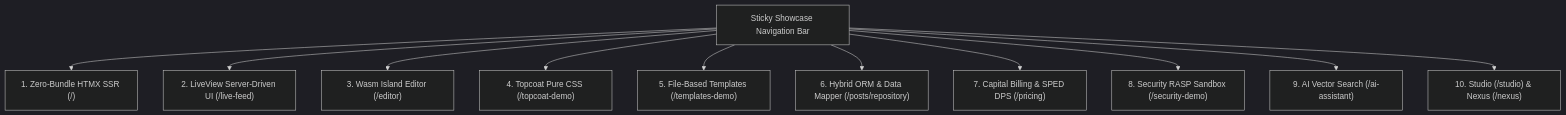
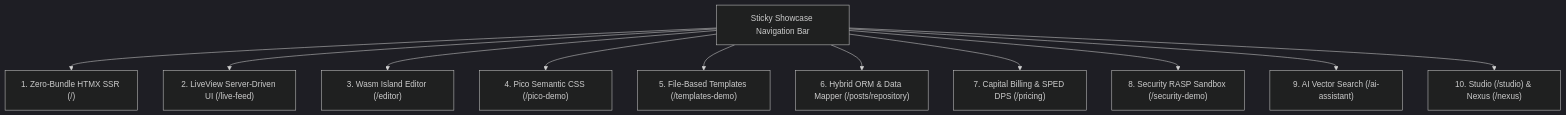
Before and after one commit to Rullst/Rullst: the diagram in examples/blog/README.md, drawn with Mermaid (dark theme). The commit also changed other lines of this file and 16 other files, not shown here.

Commit message:
feat: replace Topcoat CSS demonstration with Pico CSS integration in examples

````diff
--- a/examples/blog/README.md
+++ b/examples/blog/README.md
@@ -11,14 +11,14 @@
 ```mermaid
 graph TD
     Nav["Sticky Showcase Navigation Bar"]
     Nav --> F1["1. Zero-Bundle HTMX SSR (/)"]
     Nav --> F2["2. LiveView Server-Driven UI (/live-feed)"]
     Nav --> F3["3. Wasm Island Editor (/editor)"]
-    Nav --> F4["4. Topcoat Pure CSS (/topcoat-demo)"]
+    Nav --> F4["4. Pico Semantic CSS (/pico-demo)"]
     Nav --> F5["5. File-Based Templates (/templates-demo)"]
     Nav --> O1["6. Hybrid ORM & Data Mapper (/posts/repository)"]
     Nav --> C1["7. Capital Billing & SPED DPS (/pricing)"]
     Nav --> S1["8. Security RASP Sandbox (/security-demo)"]
     Nav --> A1["9. AI Vector Search (/ai-assistant)"]
     Nav --> CR["10. Studio (/studio) & Nexus (/nexus)"]
 ```
````
